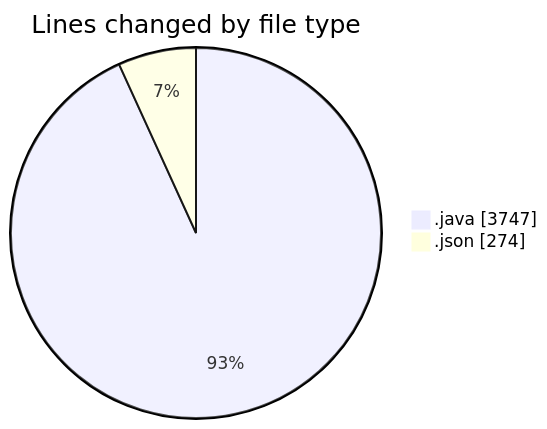
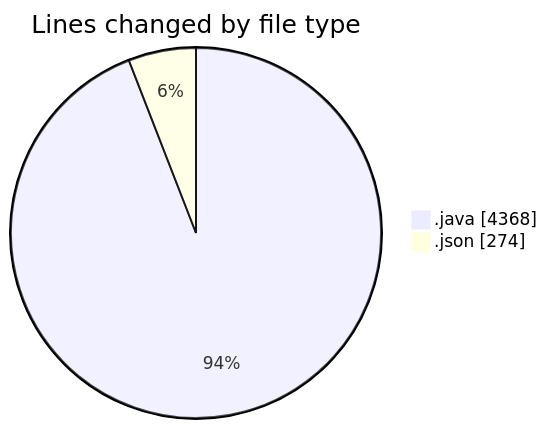
The first of 2 diagrams in 2026-09-03/cilapp/README.md (ricardozamudiocil/code-tracking), drawn with Mermaid before and after one commit. The commit also changed other lines of this file and 1 other file, not shown here.

````diff
--- a/2026-09-03/cilapp/README.md
+++ b/2026-09-03/cilapp/README.md
@@ -21,6 +22,6 @@
 ```mermaid
 pie showData
 title Lines changed by file type
-".java" : 3747
+".java" : 4368
 ".json" : 274
 ```
````
